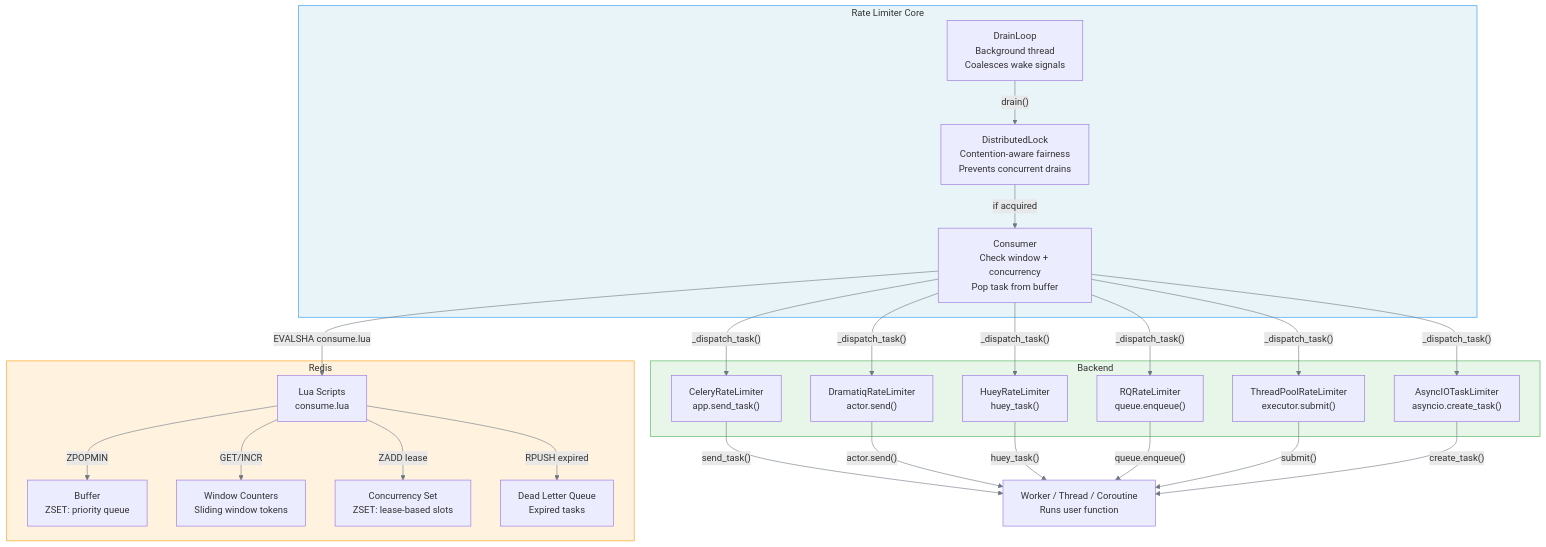
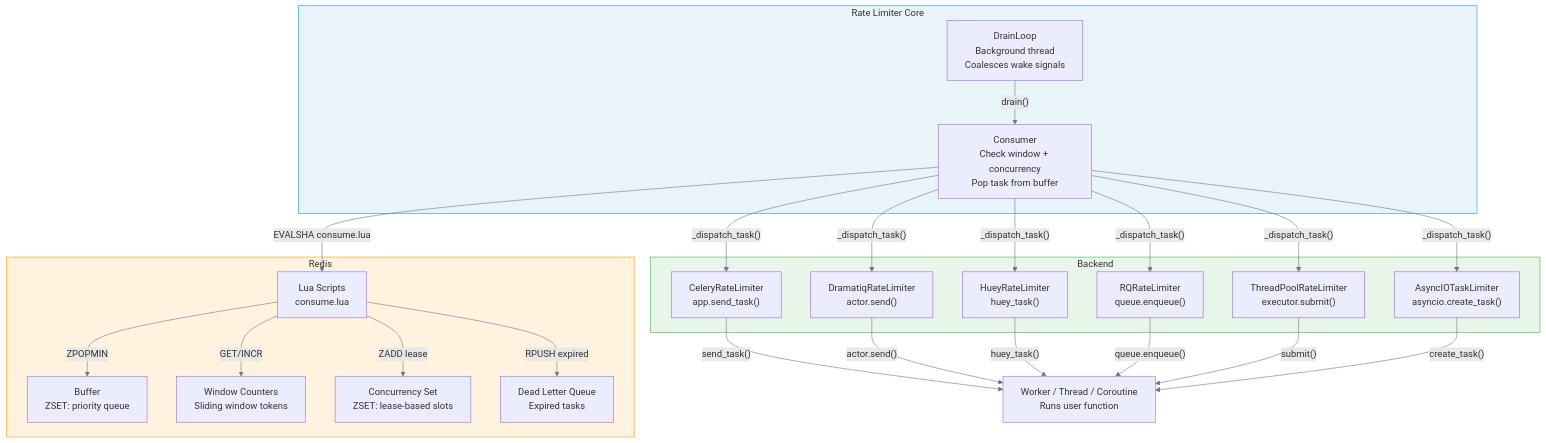
Before and after one commit to melroy999/redis-rate-limiter: the third of 5 diagrams in docs/architecture/components.md, drawn with Mermaid. The commit also changed other lines of this file and 34 other files, not shown here.

Commit message:
[/performance-testing] Removed the execution lock and added a round-robin fairness approach.

````diff
--- a/docs/architecture/components.md
+++ b/docs/architecture/components.md
@@ -99,52 +99,50 @@
 ```mermaid
 %%{init: {"theme": "default", "themeVariables": {"lineColor": "#6e7781"}}}%%
 graph TD
     subgraph Limiter ["Rate Limiter Core"]
         DrainLoop["DrainLoop<br>Background thread<br>Coalesces wake signals"]
-        Lock["DistributedLock<br>Contention-aware fairness<br>Prevents concurrent drains"]
         Consumer["Consumer<br>Check window + concurrency<br>Pop task from buffer"]
     end
 
     subgraph Redis ["Redis"]
         LuaScripts["Lua Scripts<br>consume.lua"]
         Buffer["Buffer<br>ZSET: priority queue"]
         WindowCounters["Window Counters<br>Sliding window tokens"]
         ConcurrencySet["Concurrency Set<br>ZSET: lease-based slots"]
         DLQ["Dead Letter Queue<br>Expired tasks"]
     end
 
     subgraph Backends ["Backend"]
         Celery["CeleryRateLimiter<br>app.send_task()"]
         Dramatiq["DramatiqRateLimiter<br>actor.send()"]
         Huey["HueyRateLimiter<br>huey_task()"]
         RQ["RQRateLimiter<br>queue.enqueue()"]
         ThreadPool["ThreadPoolRateLimiter<br>executor.submit()"]
         AsyncIO["AsyncIOTaskLimiter<br>asyncio.create_task()"]
     end
 
     Worker["Worker / Thread / Coroutine<br>Runs user function"]
 
-    DrainLoop -->|"drain()"| Lock
-    Lock -->|"if acquired"| Consumer
+    DrainLoop -->|"drain()"| Consumer
     Consumer -->|"EVALSHA consume.lua"| LuaScripts
     LuaScripts -->|"GET/INCR"| WindowCounters
     LuaScripts -->|"ZPOPMIN"| Buffer
     LuaScripts -->|"ZADD lease"| ConcurrencySet
     LuaScripts -->|"RPUSH expired"| DLQ
     Consumer -->|"_dispatch_task()"| Celery
     Consumer -->|"_dispatch_task()"| Dramatiq
     Consumer -->|"_dispatch_task()"| Huey
     Consumer -->|"_dispatch_task()"| RQ
     Consumer -->|"_dispatch_task()"| ThreadPool
     Consumer -->|"_dispatch_task()"| AsyncIO
     Celery -->|"send_task()"| Worker
     Dramatiq -->|"actor.send()"| Worker
     Huey -->|"huey_task()"| Worker
     RQ -->|"queue.enqueue()"| Worker
     ThreadPool -->|"submit()"| Worker
     AsyncIO -->|"create_task()"| Worker
 
     style Limiter fill:#e8f4f8,stroke:#2196F3
     style Redis fill:#fff3e0,stroke:#FF9800
     style Backends fill:#e8f5e9,stroke:#4CAF50
 ```
````
